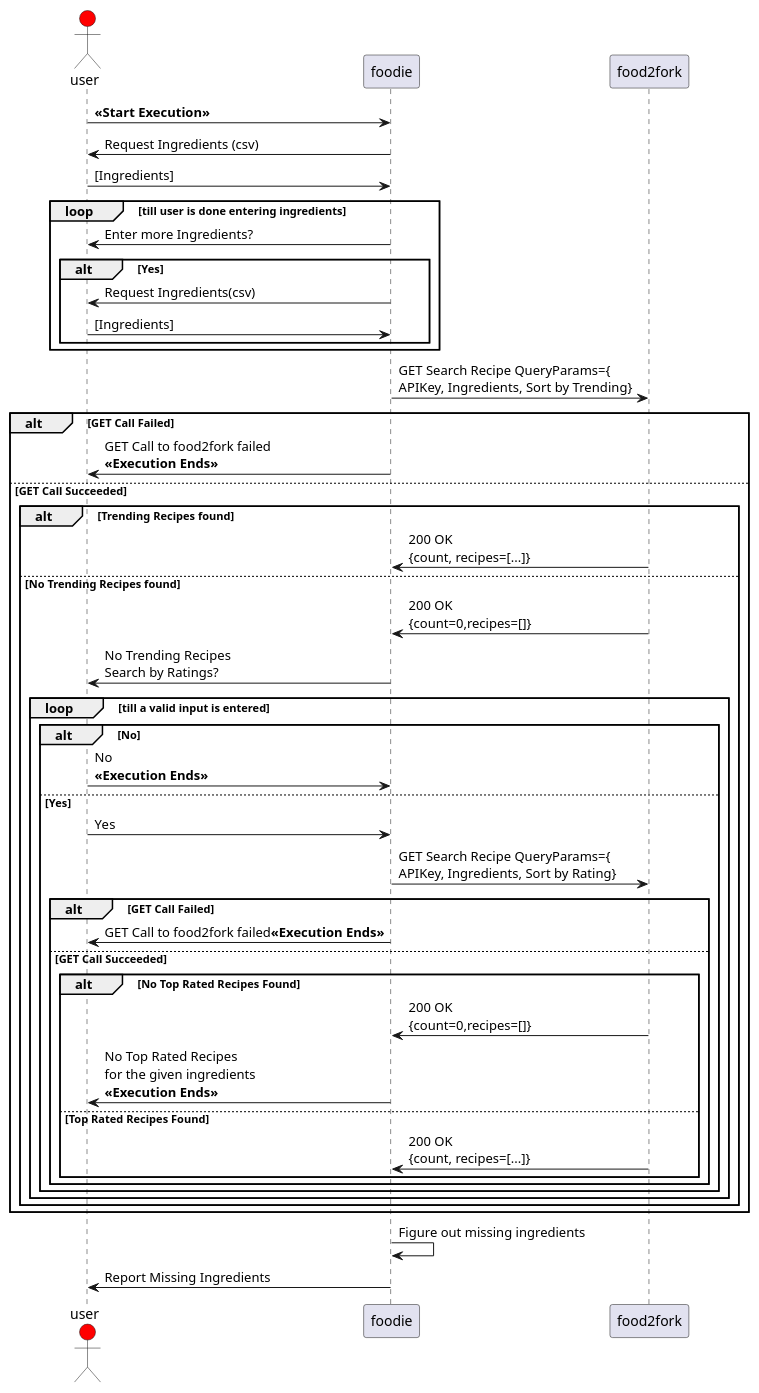
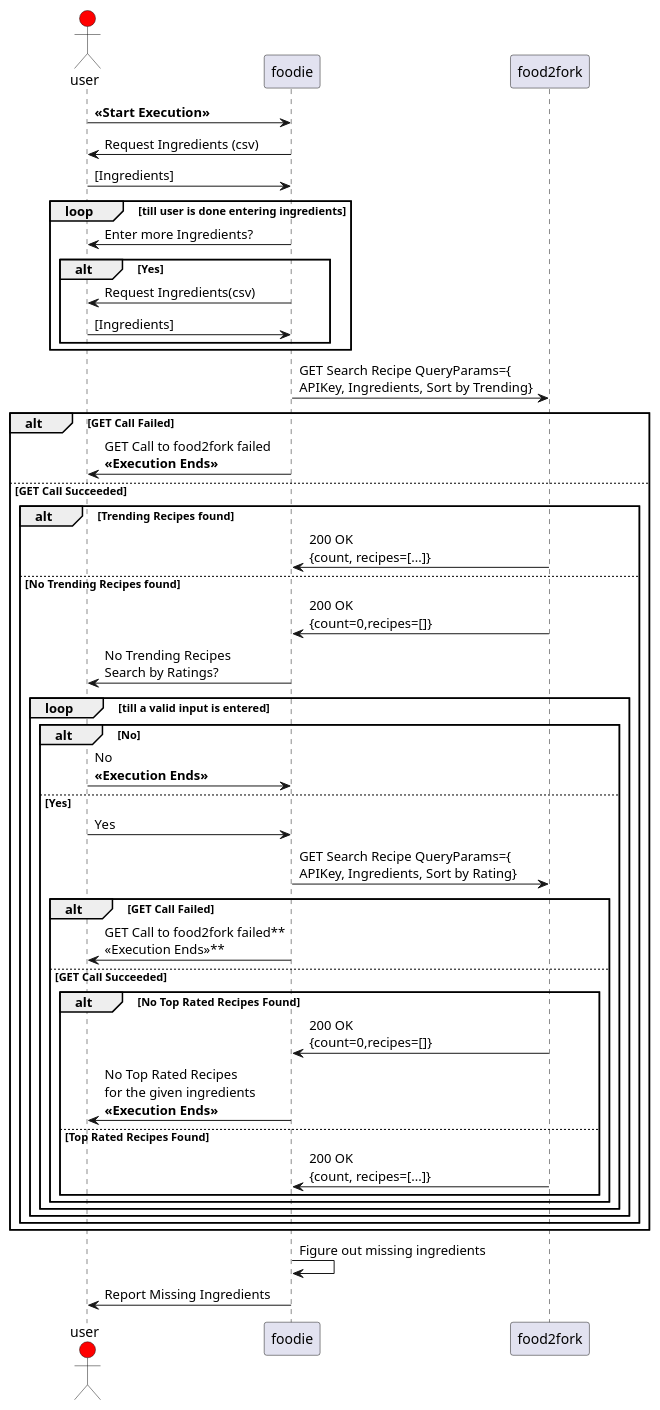
One commit to rachit-ranjan16/Foodie changed the diagram in design/SequenceDiag.pu. Above: the diagram before and after it, drawn with PlantUML. The commit also changed 4 other files, not shown here.

```diff
--- a/design/SequenceDiag.pu
+++ b/design/SequenceDiag.pu
@@ -1,50 +1,50 @@
 @startuml
 actor user #red
 participant foodie
 participant food2fork
 
 user->foodie: **<<Start Execution>>**
 foodie->user: Request Ingredients (csv)
 user->foodie: [Ingredients]
 
 loop till user is done entering ingredients
     foodie->user: Enter more Ingredients?
     alt Yes
         foodie->user: Request Ingredients(csv)
         user->foodie: [Ingredients]
     end
 end
 
 foodie->food2fork: GET Search Recipe QueryParams={\nAPIKey, Ingredients, Sort by Trending}
 alt GET Call Failed
     foodie->user: GET Call to food2fork failed\n**<<Execution Ends>>**
 else GET Call Succeeded
     alt Trending Recipes found
         food2fork->foodie: 200 OK\n{count, recipes=[...]}
     else No Trending Recipes found
         food2fork->foodie: 200 OK\n{count=0,recipes=[]}
         foodie->user:No Trending Recipes\nSearch by Ratings?
         loop till a valid input is entered
             alt No
                 user->foodie: No\n**<<Execution Ends>>**
             else Yes
                 user->foodie: Yes
                 foodie->food2fork: GET Search Recipe QueryParams={\nAPIKey, Ingredients, Sort by Rating}
                 alt GET Call Failed
-                    foodie->user: GET Call to food2fork failed**<<Execution Ends>>**
+                    foodie->user: GET Call to food2fork failed**\n<<Execution Ends>>**
                 else GET Call Succeeded
                     alt No Top Rated Recipes Found
                         food2fork->foodie: 200 OK\n{count=0,recipes=[]}
                         foodie->user: No Top Rated Recipes\nfor the given ingredients\n**<<Execution Ends>>**
                     else Top Rated Recipes Found
                         food2fork->foodie: 200 OK\n{count, recipes=[...]}
                     end
                 end
             end
         end
     end
 end
 foodie->foodie: Figure out missing ingredients
 foodie->user: Report Missing Ingredients
 
 @enduml
```
